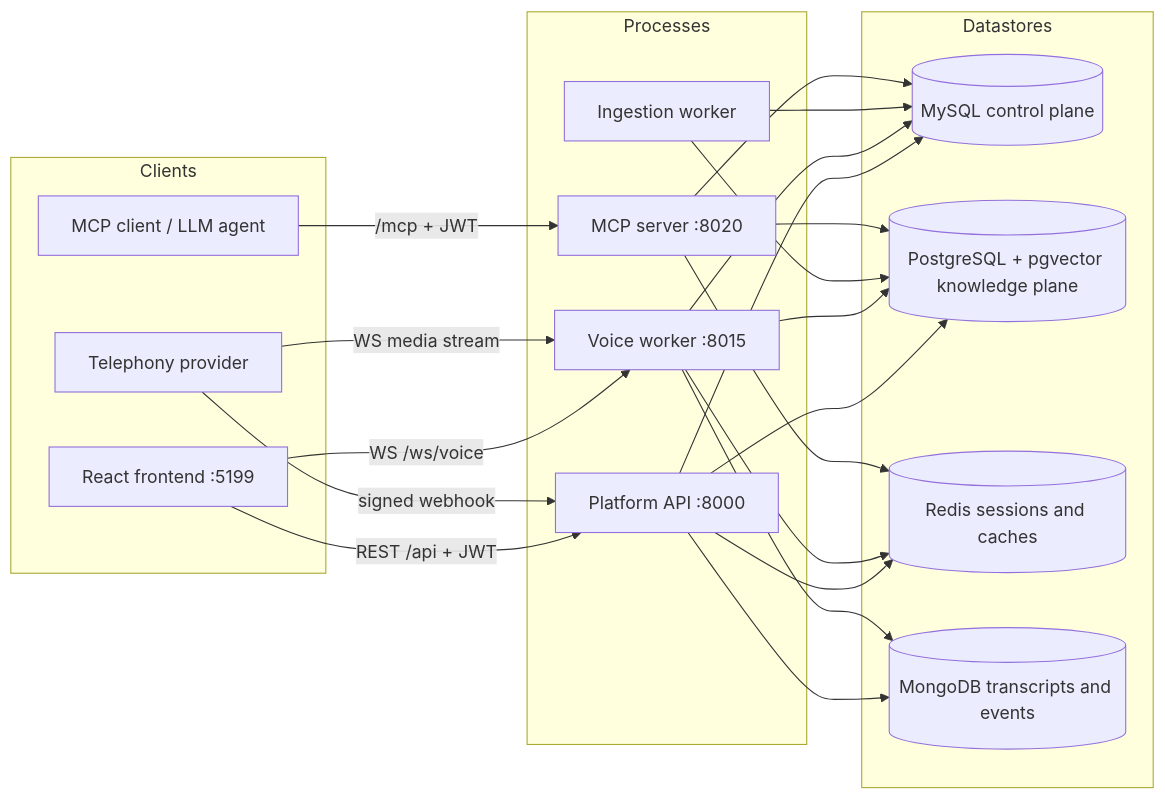
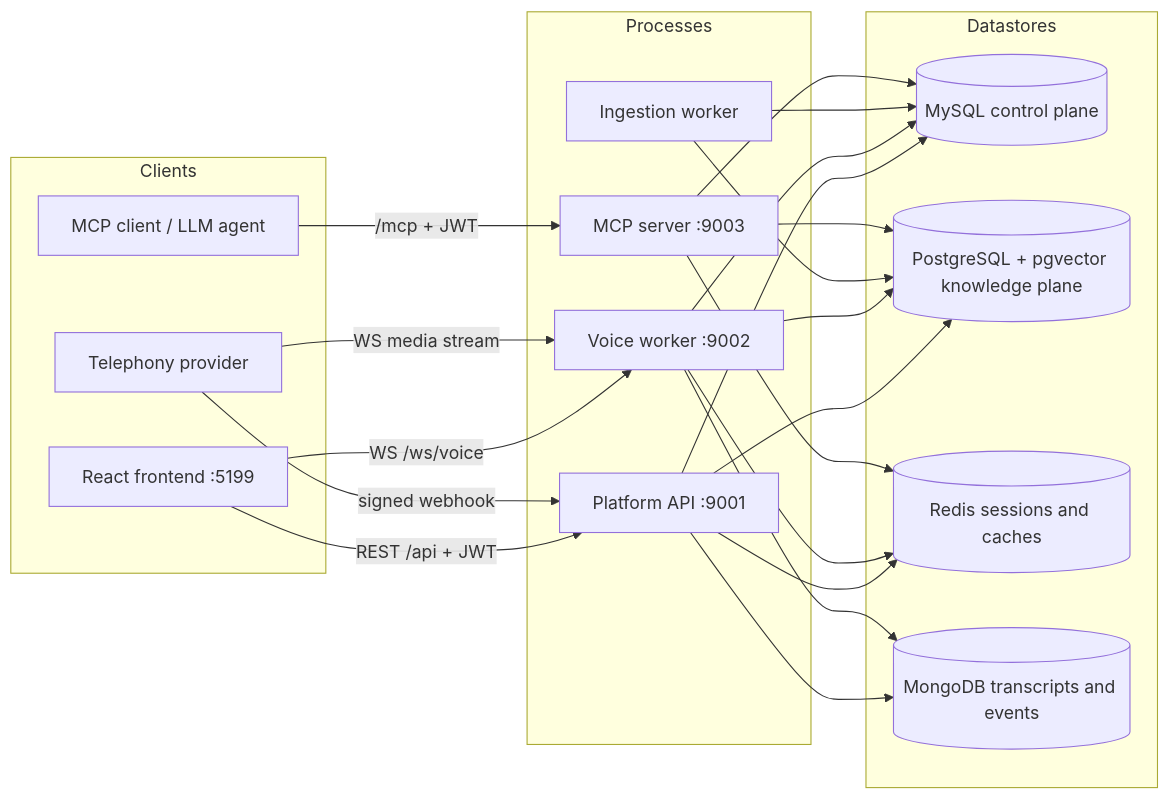
Before and after one commit to gituser18synthora/EchoSphere: the first of 2 diagrams in docs/ARCHITECTURE.md, drawn with Mermaid. The commit also changed other lines of this file and 57 other files, not shown here.

````diff
--- a/docs/ARCHITECTURE.md
+++ b/docs/ARCHITECTURE.md
@@ -36,33 +36,33 @@
 ```mermaid
 flowchart LR
     subgraph Clients
         FE["React frontend :5199"]
         Carrier["Telephony provider"]
         Agent["MCP client / LLM agent"]
     end
 
     subgraph Processes
-        API["Platform API :8000"]
-        VW["Voice worker :8015"]
+        API["Platform API :9001"]
+        VW["Voice worker :9002"]
         IW["Ingestion worker"]
-        MCP["MCP server :8020"]
+        MCP["MCP server :9003"]
     end
 
     subgraph Datastores
         MY[(MySQL control plane)]
         PG[(PostgreSQL + pgvector knowledge plane)]
         RD[(Redis sessions and caches)]
         MG[(MongoDB transcripts and events)]
     end
 
     FE -->|"REST /api + JWT"| API
     FE -->|"WS /ws/voice"| VW
     Carrier -->|"signed webhook"| API
     Carrier -->|"WS media stream"| VW
     Agent -->|"/mcp + JWT"| MCP
 
     API --> MY & PG & RD & MG
     VW --> MY & PG & RD & MG
     IW --> MY & PG
     MCP --> MY & PG & RD
 ```
````
